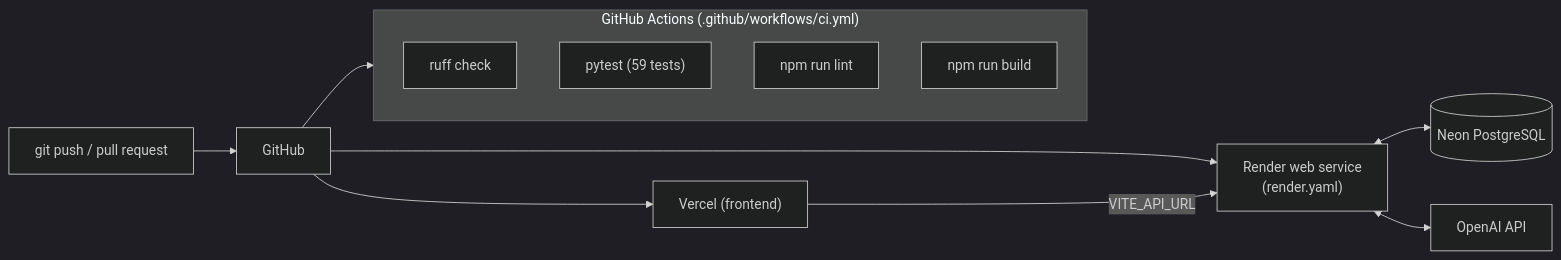
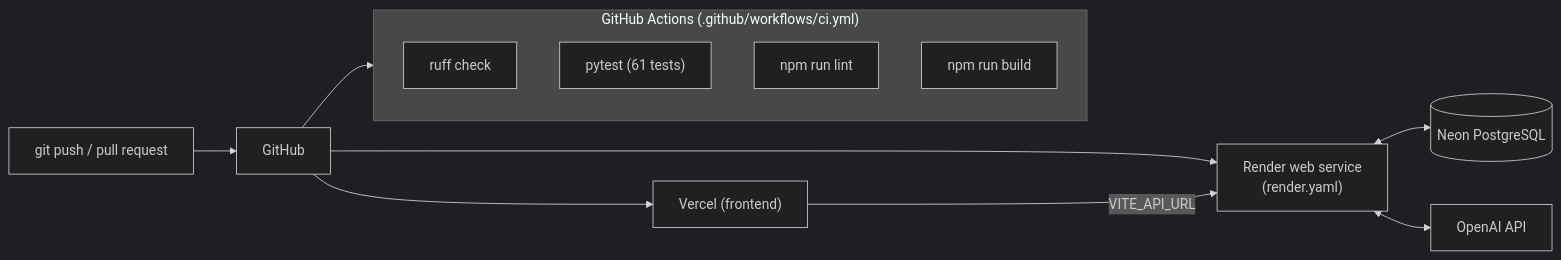
The fourth of 4 diagrams in docs/SYSTEM_ARCHITECTURE.md (BenaiahAsis/online-seller-assistant), drawn with Mermaid (dark theme) before and after one commit. The commit also changed other lines of this file and 8 other files, not shown here.

````diff
--- a/docs/SYSTEM_ARCHITECTURE.md
+++ b/docs/SYSTEM_ARCHITECTURE.md
@@ -353,16 +353,16 @@
 ```mermaid
 flowchart LR
     Dev["git push / pull request"] --> GH["GitHub"]
     GH --> CI
     subgraph CI ["GitHub Actions (.github/workflows/ci.yml)"]
         LintPy["ruff check"]
-        TestPy["pytest (59 tests)"]
+        TestPy["pytest (61 tests)"]
         LintJS["npm run lint"]
         BuildJS["npm run build"]
     end
     GH --> Render["Render web service\n(render.yaml)"]
     GH --> Vercel["Vercel (frontend)"]
     Render <--> Neon[("Neon PostgreSQL")]
     Render <--> OpenAI["OpenAI API"]
     Vercel -->|"VITE_API_URL"| Render
 ```
````
